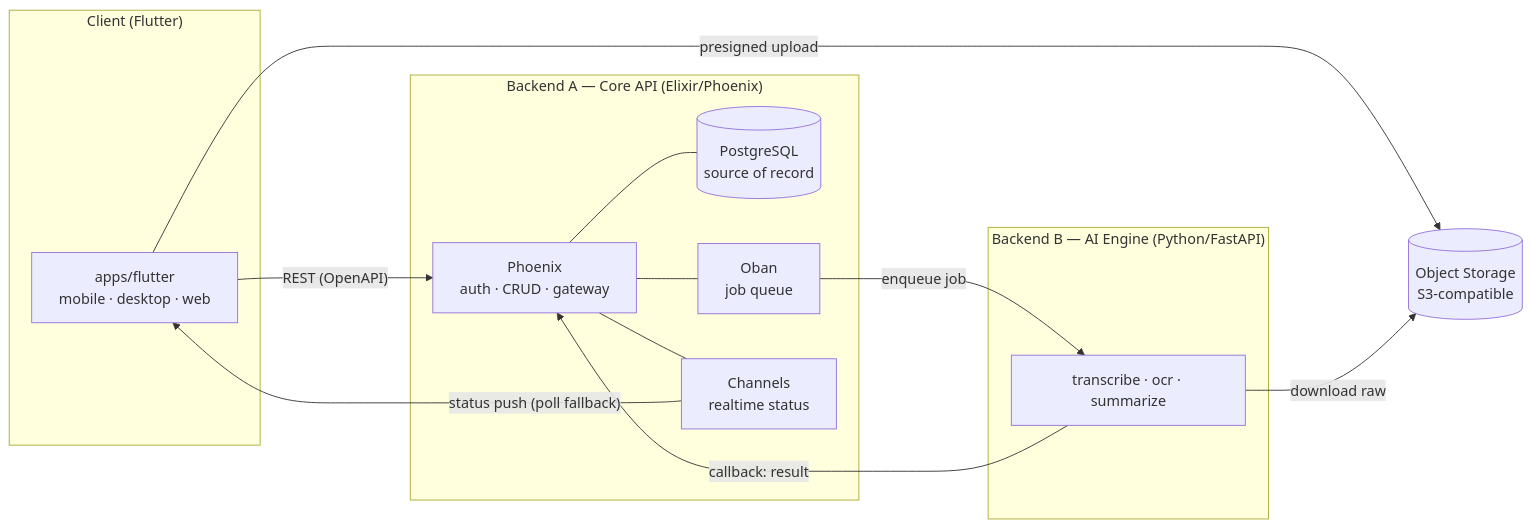
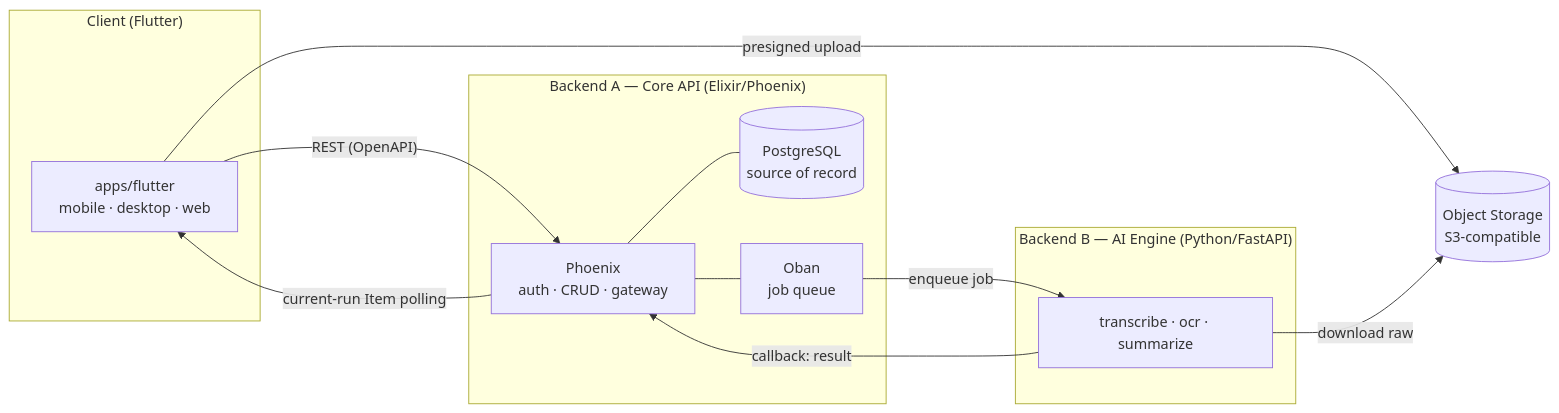
Before and after one commit to matome-org/matome-app: the first of 2 diagrams in .docs/internal/architecture.md, drawn with Mermaid. The commit also changed other lines of this file and 88 other files, not shown here.

````diff
--- a/.docs/internal/architecture.md
+++ b/.docs/internal/architecture.md
@@ -32,25 +32,23 @@
 ```mermaid
 flowchart LR
   subgraph Client["Client (Flutter)"]
     F[apps/flutter\nmobile · desktop · web]
   end
   subgraph Core["Backend A — Core API (Elixir/Phoenix)"]
     PH[Phoenix\nauth · CRUD · gateway]
     PG[(PostgreSQL\nsource of record)]
     OB[Oban\njob queue]
-    CH[Channels\nrealtime status]
   end
   ST[(Object Storage\nS3-compatible)]
   subgraph AI["Backend B — AI Engine (Python/FastAPI)"]
     P[transcribe · ocr · summarize]
   end
   F -- "REST (OpenAPI)" --> PH
   F -- "presigned upload" --> ST
   PH --- PG
   PH --- OB
-  PH --- CH
   OB -- "enqueue job" --> P
   P -- "download raw" --> ST
   P -- "callback: result" --> PH
-  CH -- "status push (poll fallback)" --> F
+  PH -- "current-run Item polling" --> F
 ```
````
